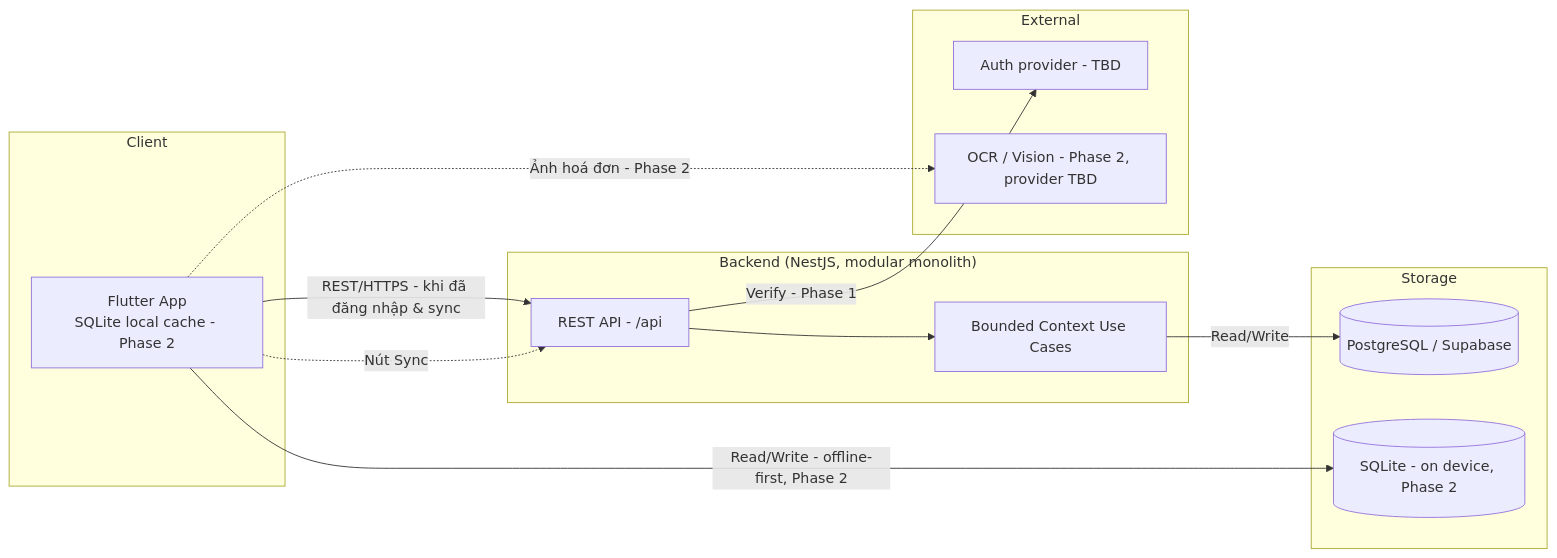
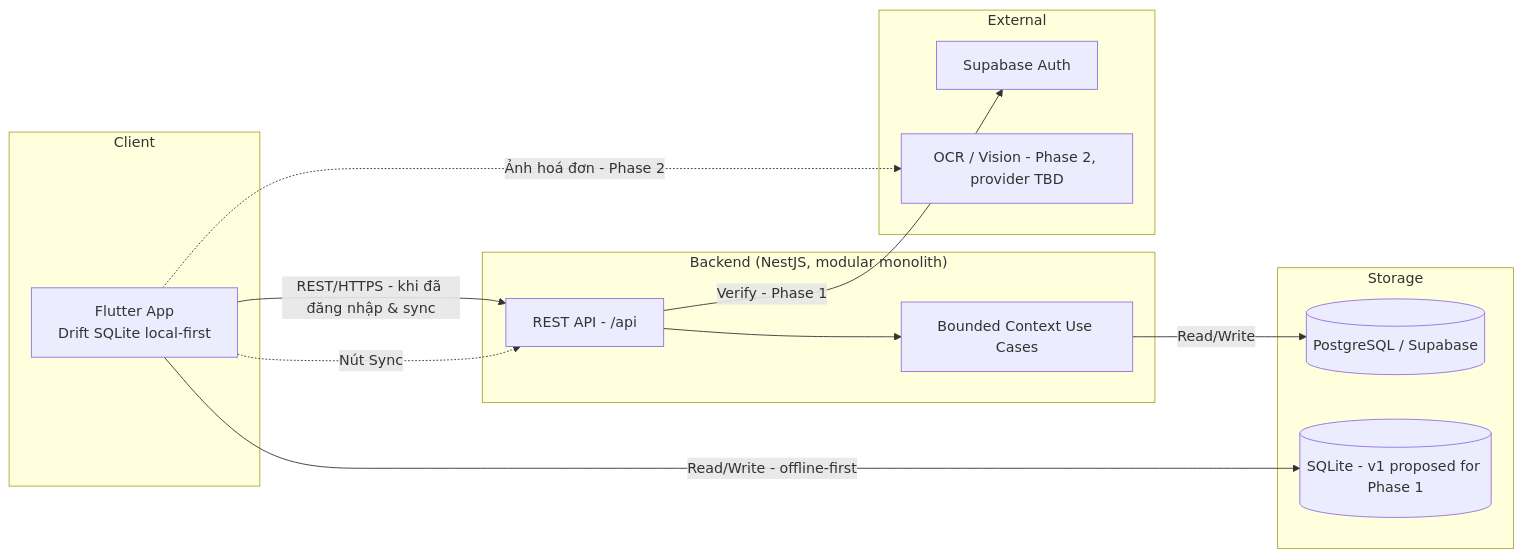
The diagram in docs/processes/deployment-phases.md (Anlele1701/PP_CardPilot), drawn with Mermaid before and after one commit. The commit also changed other lines of this file and 112 other files, not shown here.

````diff
--- a/docs/processes/deployment-phases.md
+++ b/docs/processes/deployment-phases.md
@@ -95,29 +96,29 @@
 ```mermaid
 flowchart LR
     subgraph Client
-        MOBILE[Flutter App<br/>SQLite local cache - Phase 2]
+        MOBILE[Flutter App<br/>Drift SQLite local-first]
     end
 
     subgraph Backend["Backend (NestJS, modular monolith)"]
         API[REST API - /api]
         SVC[Bounded Context Use Cases]
     end
 
     subgraph Storage
         PG[(PostgreSQL / Supabase)]
-        LOCAL[(SQLite - on device, Phase 2)]
+        LOCAL[(SQLite - v1 proposed for Phase 1)]
     end
 
     subgraph External
-        AUTH[Auth provider - TBD]
+        AUTH[Supabase Auth]
         OCR[OCR / Vision - Phase 2, provider TBD]
     end
 
     MOBILE -->|REST/HTTPS - khi đã đăng nhập & sync| API
-    MOBILE -->|Read/Write - offline-first, Phase 2| LOCAL
+    MOBILE -->|Read/Write - offline-first| LOCAL
     MOBILE -.->|Nút Sync| API
     MOBILE -.->|Ảnh hoá đơn - Phase 2| OCR
     API --> SVC
     SVC -->|Read/Write| PG
     API -->|Verify - Phase 1| AUTH
 ```
````
